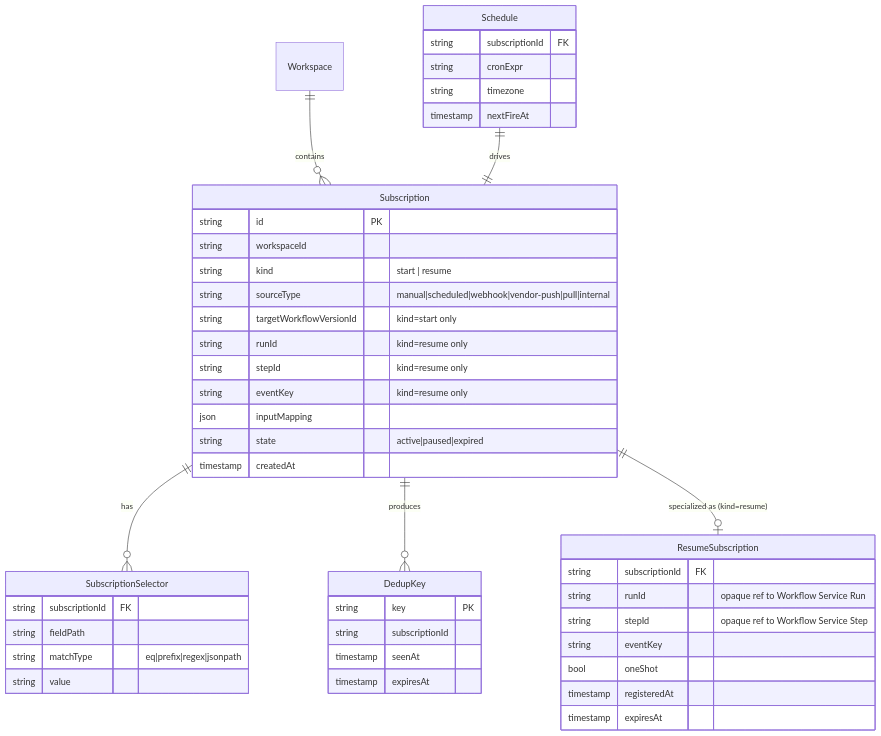
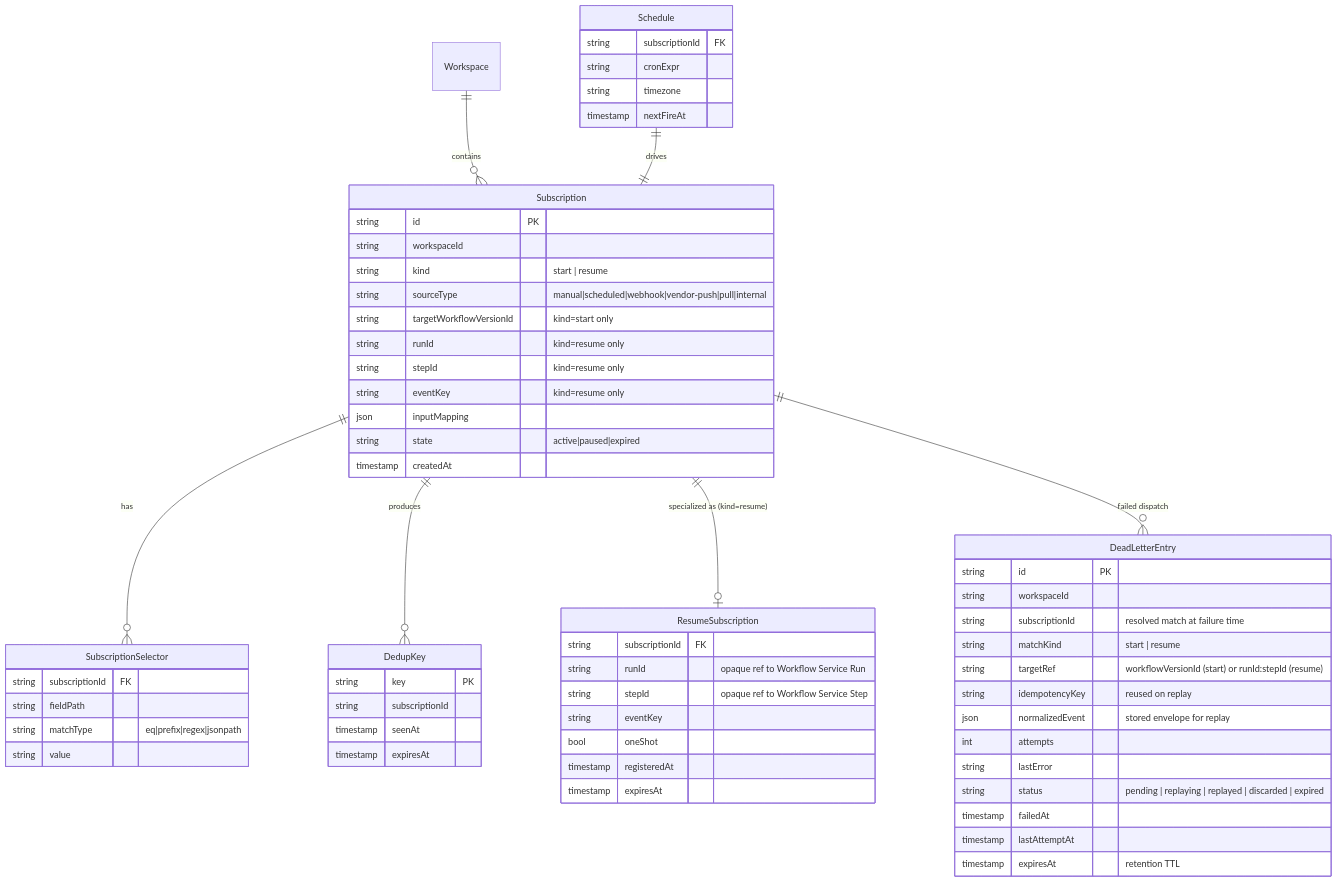
Before and after one commit to toddysm/custos: the sixth of 6 diagrams in design/components/trigger-service/design.md, drawn with Mermaid. The commit also changed other lines of this file and 2 other files, not shown here.

First line of the commit message:
design(trigger-service): resolve TS-TODO-005 dead-letter handling & replay (#22) (#1002)

````diff
--- a/design/components/trigger-service/design.md
+++ b/design/components/trigger-service/design.md
@@ -199,53 +199,70 @@
 ```mermaid
 erDiagram
     Workspace ||--o{ Subscription : contains
     Subscription ||--o{ SubscriptionSelector : has
     Subscription ||--o{ DedupKey : produces
     Schedule ||--|| Subscription : drives
     Subscription ||--o| ResumeSubscription : "specialized as (kind=resume)"
+    Subscription ||--o{ DeadLetterEntry : "failed dispatch"
 
     Subscription {
         string id PK
         string workspaceId
         string kind "start | resume"
         string sourceType "manual|scheduled|webhook|vendor-push|pull|internal"
         string targetWorkflowVersionId "kind=start only"
         string runId "kind=resume only"
         string stepId "kind=resume only"
         string eventKey "kind=resume only"
         json inputMapping
         string state "active|paused|expired"
         timestamp createdAt
     }
 
     SubscriptionSelector {
         string subscriptionId FK
         string fieldPath
         string matchType "eq|prefix|regex|jsonpath"
         string value
     }
 
     Schedule {
         string subscriptionId FK
         string cronExpr
         string timezone
         timestamp nextFireAt
     }
 
     DedupKey {
         string key PK
         string subscriptionId
         timestamp seenAt
         timestamp expiresAt
     }
 
     ResumeSubscription {
         string subscriptionId FK
         string runId "opaque ref to Workflow Service Run"
         string stepId "opaque ref to Workflow Service Step"
         string eventKey
         bool oneShot
         timestamp registeredAt
         timestamp expiresAt
     }
+
+    DeadLetterEntry {
+        string id PK
+        string workspaceId
+        string subscriptionId "resolved match at failure time"
+        string matchKind "start | resume"
+        string targetRef "workflowVersionId (start) or runId:stepId (resume)"
+        string idempotencyKey "reused on replay"
+        json normalizedEvent "stored envelope for replay"
+        int attempts
+        string lastError
+        string status "pending | replaying | replayed | discarded | expired"
+        timestamp failedAt
+        timestamp lastAttemptAt
+        timestamp expiresAt "retention TTL"
+    }
 ```
````
